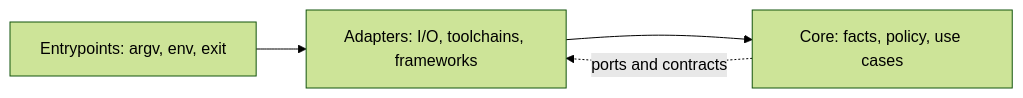
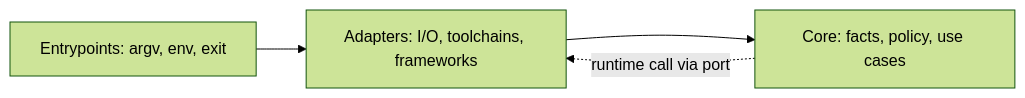
The first of 2 diagrams in README.md (DustinEwan/lintel), drawn with Mermaid (forest theme) before and after one commit. The commit also changed other lines of this file, not shown here.

Commit message:
docs: clarify dependency diagram arrow semantics
- Label the dashed core-to-adapter arrow as a runtime call via port.
- State that solid arrows mean source dependencies and dashed arrows mean runtime calls.

````diff
--- a/README.md
+++ b/README.md
@@ -9,6 +9,6 @@
 ```mermaid
 flowchart LR
     E["Entrypoints: argv, env, exit"] --> A["Adapters: I/O, toolchains, frameworks"]
     A --> C["Core: facts, policy, use cases"]
-    C -. ports and contracts .-> A
+    C -. runtime call via port .-> A
 ```
````
